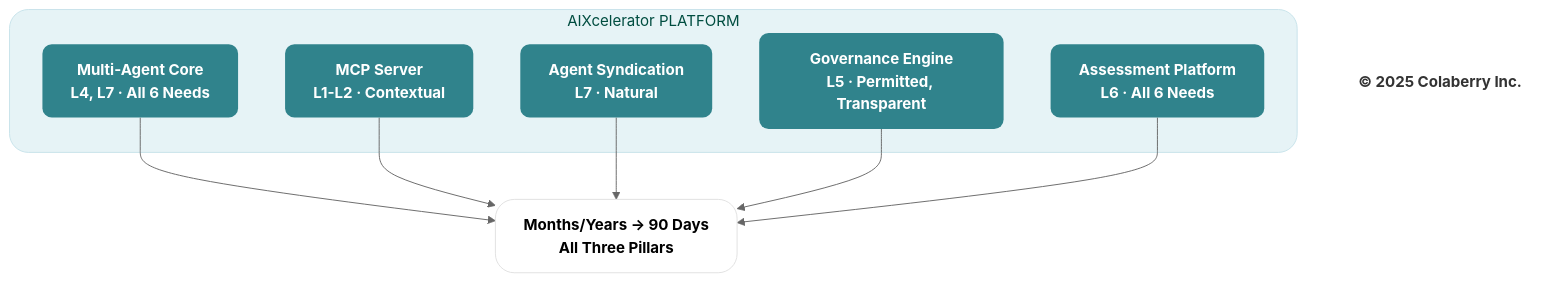
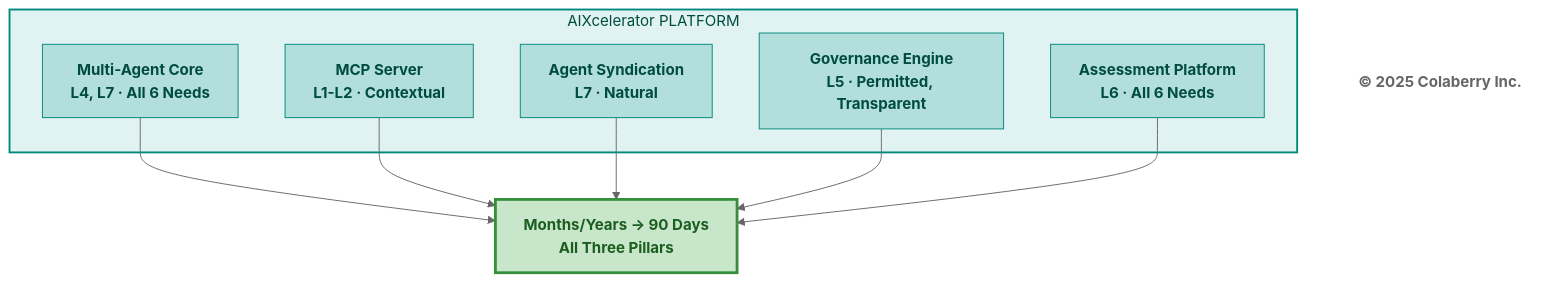
The sixth of 6 diagrams in manuscript/13_chapter_12_running_agents_at_scale.md (saitejesh-cyber/trust-before-intelligence-book), drawn with Mermaid (neutral theme) before and after one commit. The commit also changed other lines of this file and 12 other files, not shown here.

Commit message:
Restore legacy Mermaid styles for Option 1

````diff
--- a/manuscript/13_chapter_12_running_agents_at_scale.md
+++ b/manuscript/13_chapter_12_running_agents_at_scale.md
@@ -1027,27 +1027,27 @@
 ```mermaid
 graph TD
     subgraph PLATFORM["AIXcelerator PLATFORM"]
         C1["<b>Multi-Agent Core</b><br/><b>L4, L7 · All 6 Needs</b>"]
         C2["<b>MCP Server</b><br/><b>L1-L2 · Contextual</b>"]
         C3["<b>Agent Syndication</b><br/><b>L7 · Natural</b>"]
         C4["<b>Governance Engine</b><br/><b>L5 · Permitted, Transparent</b>"]
         C5["<b>Assessment Platform</b><br/><b>L6 · All 6 Needs</b>"]
     end
     
 C1 --> RESULT["<b>Months/Years → 90 Days</b><br/><b>All Three Pillars</b>"]
     C2 --> RESULT
     C3 --> RESULT
     C4 --> RESULT
     C5 --> RESULT
     
     Copyright["<b>© 2025 Colaberry Inc.</b>"]
     
-    style PLATFORM fill:#e6f3f6,stroke:#c7e3ea,stroke-width:1px,color:#004d40,rx:20,ry:20
-    style C1 fill:#30838C,stroke:none,color:#ffffff,rx:10,ry:10
-    style C2 fill:#30838C,stroke:none,color:#ffffff,rx:10,ry:10
-    style C3 fill:#30838C,stroke:none,color:#ffffff,rx:10,ry:10
-    style C4 fill:#30838C,stroke:none,color:#ffffff,rx:10,ry:10
-    style C5 fill:#30838C,stroke:none,color:#ffffff,rx:10,ry:10
-    style RESULT fill:#ffffff,stroke:#e0e0e0,stroke-width:1px,color:#000000,rx:20,ry:20
-    style Copyright fill:none,stroke:none,color:#333333
+    style PLATFORM fill:#e0f2f1,stroke:#00897b,stroke-width:2px,color:#004d40
+    style C1 fill:#b2dfdb,stroke:#00897b,color:#004d40
+    style C2 fill:#b2dfdb,stroke:#00897b,color:#004d40
+    style C3 fill:#b2dfdb,stroke:#00897b,color:#004d40
+    style C4 fill:#b2dfdb,stroke:#00897b,color:#004d40
+    style C5 fill:#b2dfdb,stroke:#00897b,color:#004d40
+    style RESULT fill:#c8e6c9,stroke:#388e3c,stroke-width:3px,color:#1b5e20
+    style Copyright fill:#ffffff,stroke:none,color:#666666
 ```
````
